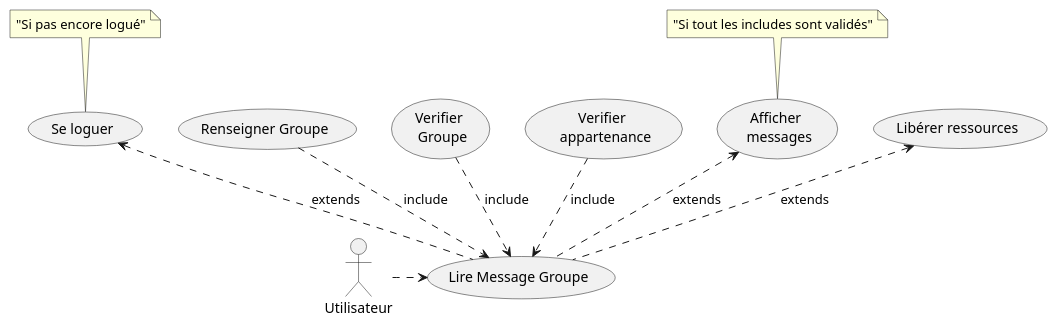
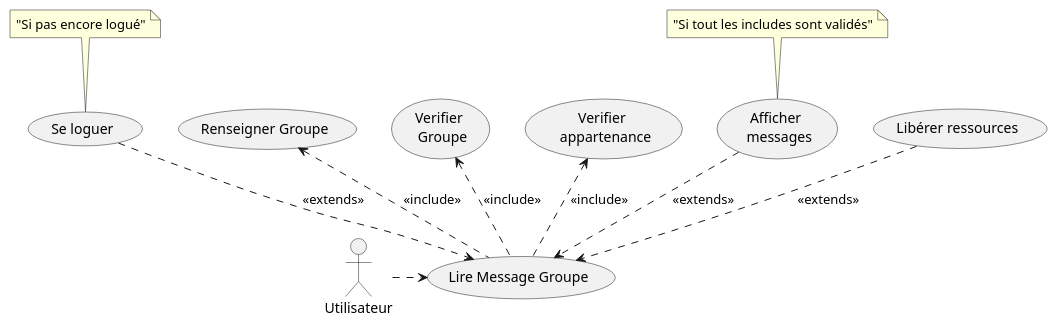
One commit to clementfvrl/projet_linux changed the diagram in docs/use_cases/LireMessageGroupe.puml. Above: the diagram before and after it, drawn with PlantUML. The commit also changed 10 other files, not shown here.

```diff
--- a/docs/use_cases/LireMessageGroupe.puml
+++ b/docs/use_cases/LireMessageGroupe.puml
@@ -1,16 +1,16 @@
 @startuml
 
 actor Utilisateur as User
 
-(Se loguer) <.. (Lire Message Groupe) :  extends 
+(Se loguer) ..> (Lire Message Groupe) :  << extends >>
 
 note top of  (Se loguer) : "Si pas encore logué"
 
 (User) .> (Lire Message Groupe)
-(Renseigner Groupe) ..> (Lire Message Groupe) : include
-(Verifier \n Groupe) ..> (Lire Message Groupe) : include
-(Verifier \n appartenance)..>(Lire Message Groupe) : include
-(Afficher \n messages) <.. (Lire Message Groupe) : extends
+(Renseigner Groupe) <.. (Lire Message Groupe) : << include >>
+(Verifier \n Groupe) <.. (Lire Message Groupe) : << include >>
+(Verifier \n appartenance)<.. (Lire Message Groupe) : << include >>
+(Afficher \n messages) ..> (Lire Message Groupe) : << extends >>
 note top of  (Afficher \n messages) : "Si tout les includes sont validés"
-(Libérer ressources) <.. (Lire Message Groupe) : extends
+(Libérer ressources) ..> (Lire Message Groupe) : << extends >>
 @enduml
```
